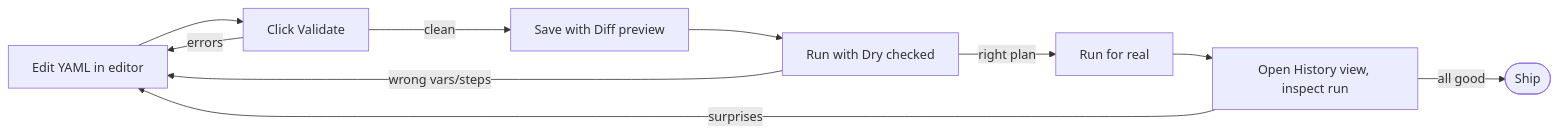
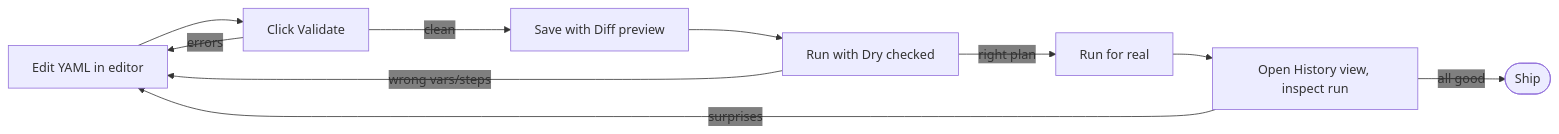
The diagram in docs/guide/07-thinking-in-runbook-mac.md (msjurset/runbook-mac), drawn with Mermaid before and after one commit. The commit also changed 2 other files, not shown here.

Commit message:
Make mermaid edge labels transparent
The default gray label boxes in dark theme were visually crowded and
distracted from the diagram nodes. Setting edgeLabelBackground to
transparent removes the box; the label text floats over the canvas
background, which matches the rest of the diagram.

````diff
--- a/docs/guide/07-thinking-in-runbook-mac.md
+++ b/docs/guide/07-thinking-in-runbook-mac.md
@@ -64,12 +64,13 @@
 ```mermaid
+%%{init: {"themeVariables": {"edgeLabelBackground": "transparent"}}}%%
 flowchart LR
     Edit[Edit YAML in editor] --> Validate[Click Validate]
     Validate -->|errors| Edit
     Validate -->|clean| Save[Save with Diff preview]
     Save --> Dry[Run with Dry checked]
     Dry -->|wrong vars/steps| Edit
     Dry -->|right plan| Real[Run for real]
     Real --> History[Open History view, inspect run]
     History -->|surprises| Edit
     History -->|all good| Done([Ship])
 ```
````
